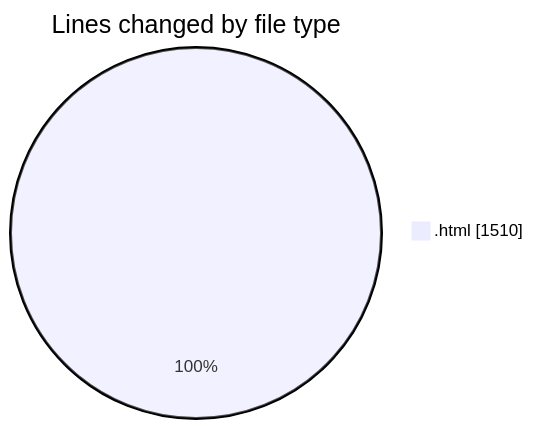
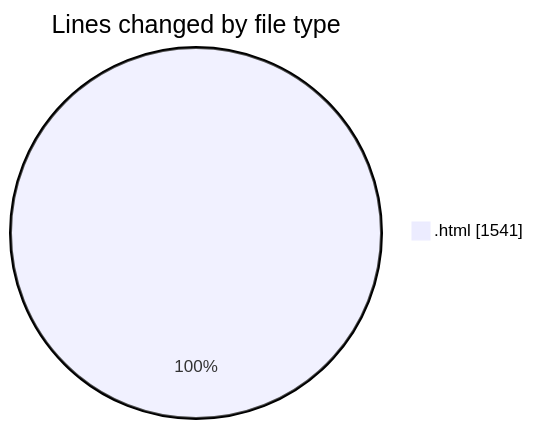
One commit to Ritupan-Deka/code-tracking changed the first of 2 diagrams in 2025-06-17/projects/README.md. Above: the diagram before and after it, drawn with Mermaid. The commit also changed other lines of this file and 1 other file, not shown here.

````diff
--- a/2025-06-17/projects/README.md
+++ b/2025-06-17/projects/README.md
@@ -20,5 +20,5 @@
 ```mermaid
 pie showData
 title Lines changed by file type
-".html" : 1510
+".html" : 1541
 ```
````
